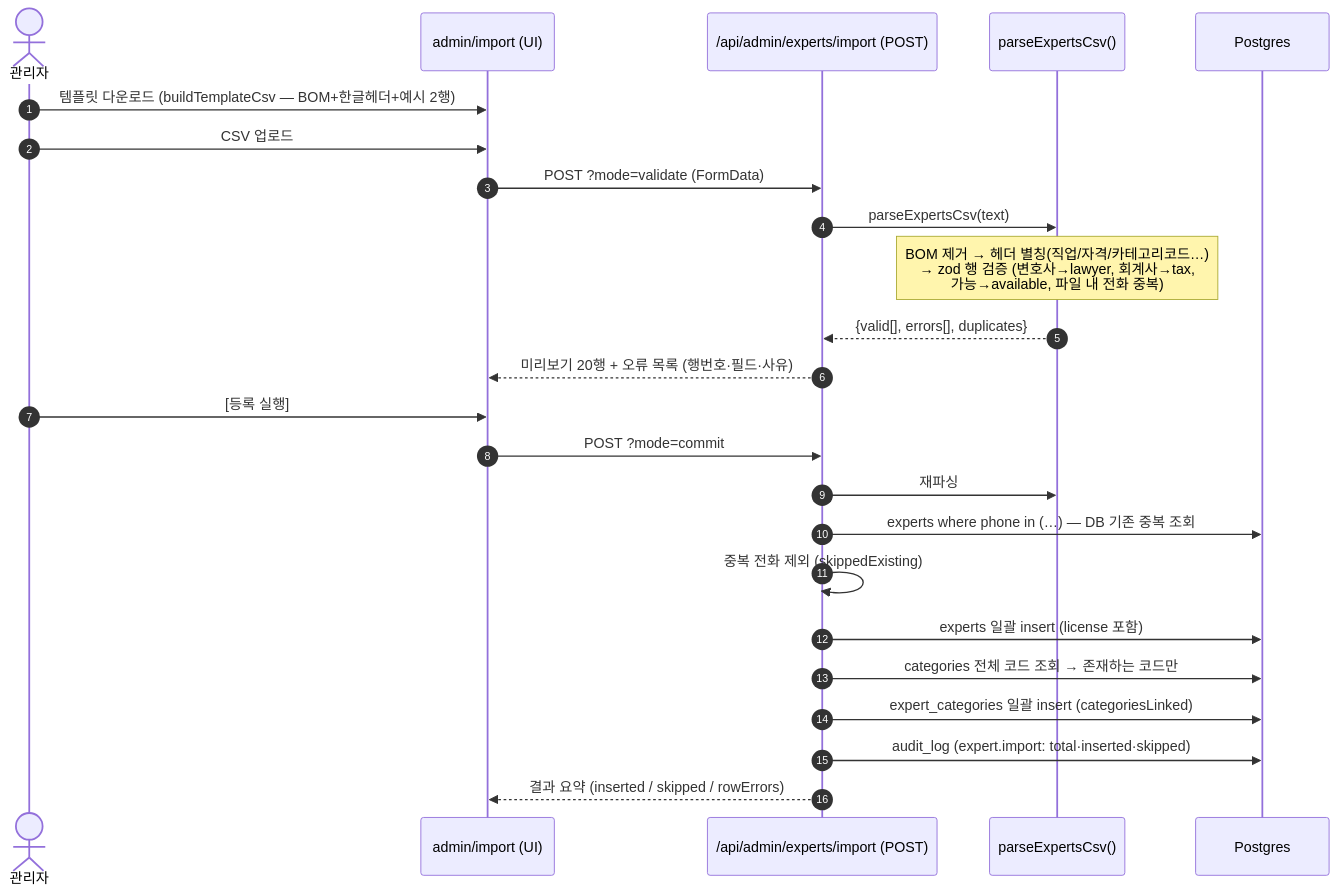
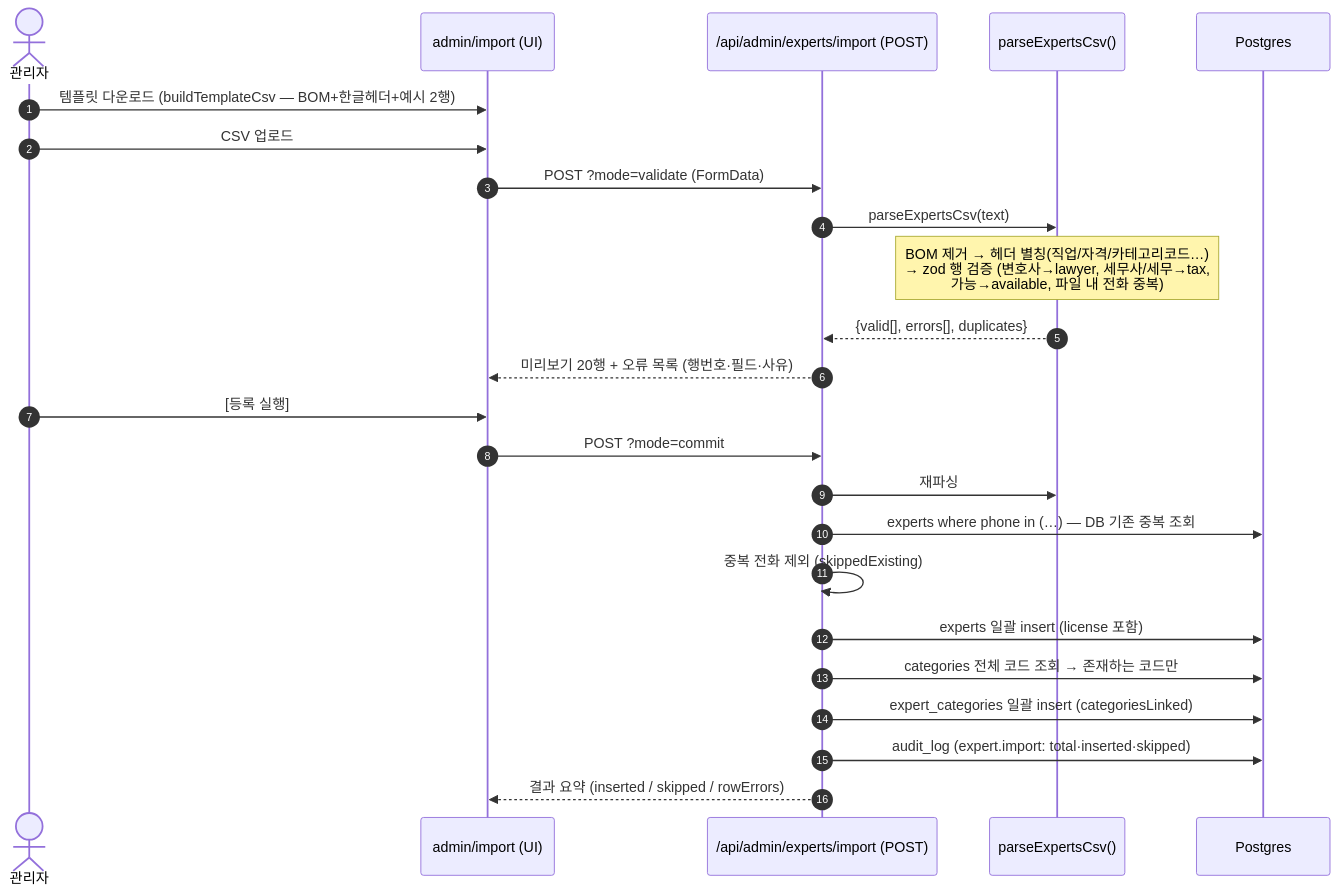
The ninth of 10 diagrams in docs/02-design/system-sequences.design.md (JamesjinKim/golgoru), drawn with Mermaid before and after one commit. The commit also changed other lines of this file and 10 other files, not shown here.

````diff
--- a/docs/02-design/system-sequences.design.md
+++ b/docs/02-design/system-sequences.design.md
@@ -350,28 +350,28 @@
 ```mermaid
 sequenceDiagram
   autonumber
   actor A as 관리자
   participant UI as admin/import (UI)
   participant API as /api/admin/experts/import (POST)
   participant CSV as parseExpertsCsv()
   participant DB as Postgres
 
   A->>UI: 템플릿 다운로드 (buildTemplateCsv — BOM+한글헤더+예시 2행)
   A->>UI: CSV 업로드
   UI->>API: POST ?mode=validate (FormData)
   API->>CSV: parseExpertsCsv(text)
-  Note over CSV: BOM 제거 → 헤더 별칭(직업/자격/카테고리코드…)<br/>→ zod 행 검증 (변호사→lawyer, 회계사→tax,<br/>가능→available, 파일 내 전화 중복)
+  Note over CSV: BOM 제거 → 헤더 별칭(직업/자격/카테고리코드…)<br/>→ zod 행 검증 (변호사→lawyer, 세무사/세무→tax,<br/>가능→available, 파일 내 전화 중복)
   CSV-->>API: {valid[], errors[], duplicates}
   API-->>UI: 미리보기 20행 + 오류 목록 (행번호·필드·사유)
 
   A->>UI: [등록 실행]
   UI->>API: POST ?mode=commit
   API->>CSV: 재파싱
   API->>DB: experts where phone in (…) — DB 기존 중복 조회
   API->>API: 중복 전화 제외 (skippedExisting)
   API->>DB: experts 일괄 insert (license 포함)
   API->>DB: categories 전체 코드 조회 → 존재하는 코드만
   API->>DB: expert_categories 일괄 insert (categoriesLinked)
   API->>DB: audit_log (expert.import: total·inserted·skipped)
   API-->>UI: 결과 요약 (inserted / skipped / rowErrors)
 ```
````
